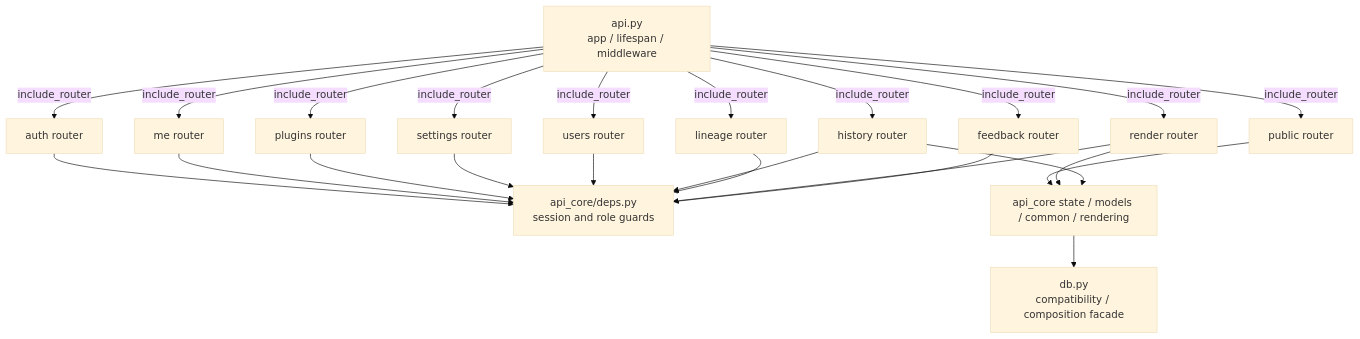
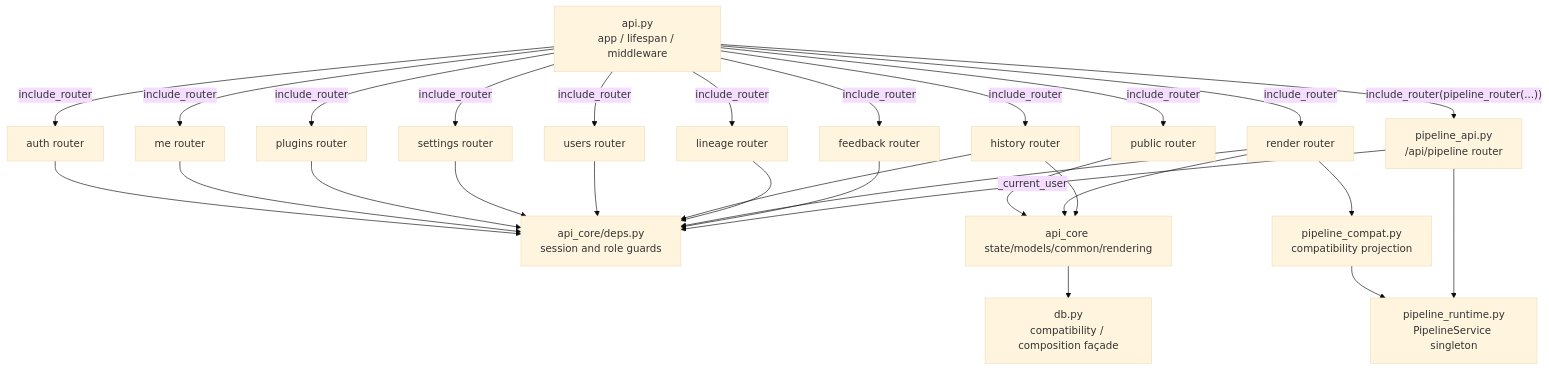
Before and after one commit to oikawas/inku-lang: the first of 5 diagrams in docs/architecture/server-components.md, drawn with Mermaid (base theme). The commit also changed other lines of this file and 27 other files, not shown here.

First line of the commit message:
Update architecture documents for the shared Rust pipeline

````diff
--- a/docs/architecture/server-components.md
+++ b/docs/architecture/server-components.md
@@ -7,41 +7,49 @@
 ```mermaid
 flowchart TD
     API_PY["api.py\napp / lifespan / middleware"]
     PUB["public router"]
     AUTH["auth router"]
     ME["me router"]
     PLUGINS["plugins router"]
     SETTINGS["settings router"]
     USERS["users router"]
     HISTORY["history router"]
     LINEAGE["lineage router"]
     RENDER["render router"]
     FEEDBACK["feedback router"]
+    PIPELINE["pipeline_api.py\n/api/pipeline router"]
     DEPS["api_core/deps.py\nsession and role guards"]
-    SHARED["api_core state / models / common / rendering"]
-    DB["db.py\ncompatibility / composition facade"]
+    SHARED["api_core state/models/common/rendering"]
+    COMPAT["pipeline_compat.py\ncompatibility projection"]
+    SERVICE["pipeline_runtime.py\nPipelineService singleton"]
+    DB["db.py\ncompatibility / composition façade"]
 
     API_PY -->|"include_router"| PUB
     API_PY -->|"include_router"| AUTH
     API_PY -->|"include_router"| ME
     API_PY -->|"include_router"| PLUGINS
     API_PY -->|"include_router"| SETTINGS
     API_PY -->|"include_router"| USERS
     API_PY -->|"include_router"| HISTORY
     API_PY -->|"include_router"| LINEAGE
     API_PY -->|"include_router"| RENDER
     API_PY -->|"include_router"| FEEDBACK
+    API_PY -->|"include_router(pipeline_router(...))"| PIPELINE
     AUTH --> DEPS
     ME --> DEPS
     PLUGINS --> DEPS
     SETTINGS --> DEPS
     USERS --> DEPS
     HISTORY --> DEPS
     LINEAGE --> DEPS
     RENDER --> DEPS
     FEEDBACK --> DEPS
+    PIPELINE -->|"_current_user"| DEPS
     PUB --> SHARED
     RENDER --> SHARED
+    RENDER --> COMPAT
+    COMPAT --> SERVICE
+    PIPELINE --> SERVICE
     HISTORY --> SHARED
     SHARED --> DB
 ```
````
